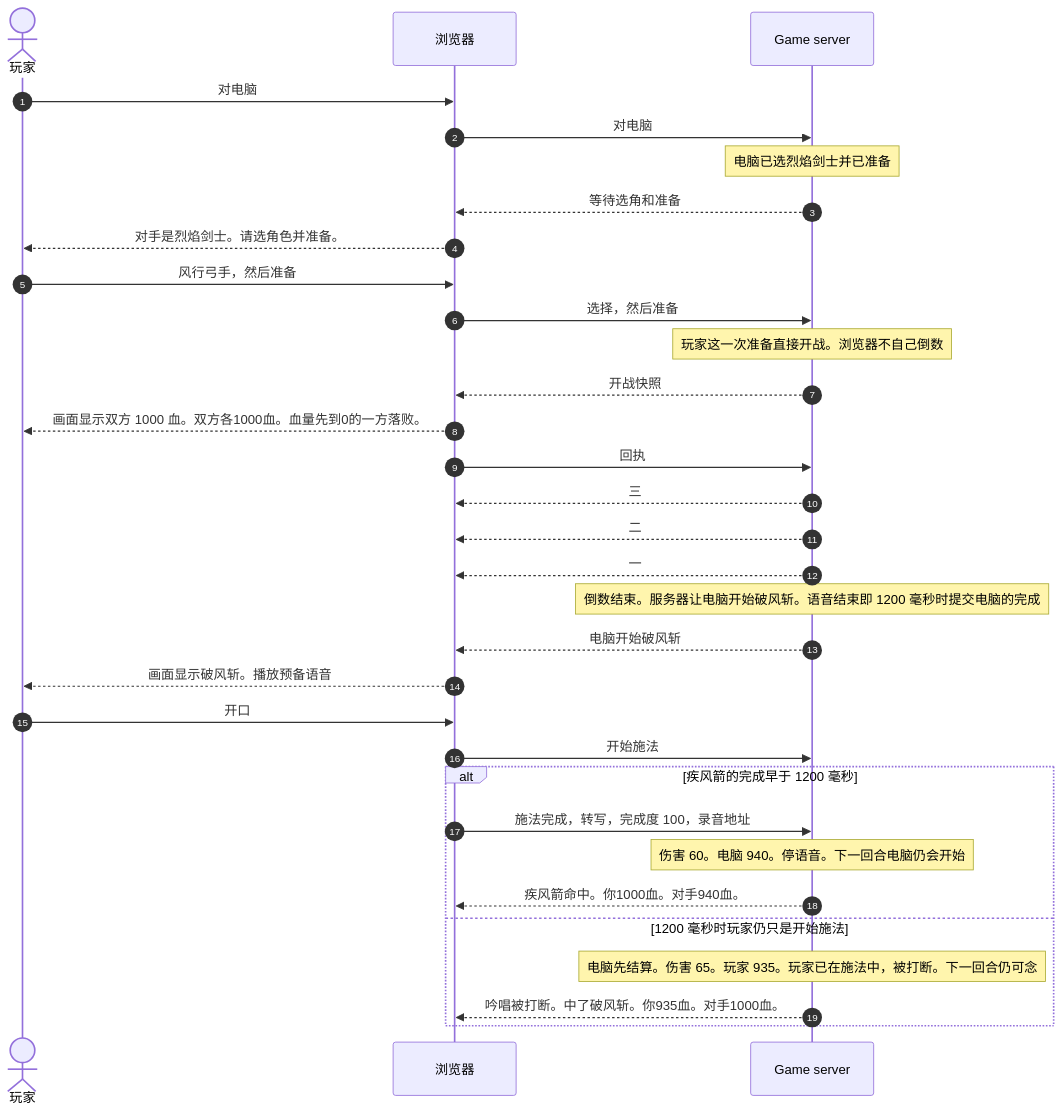
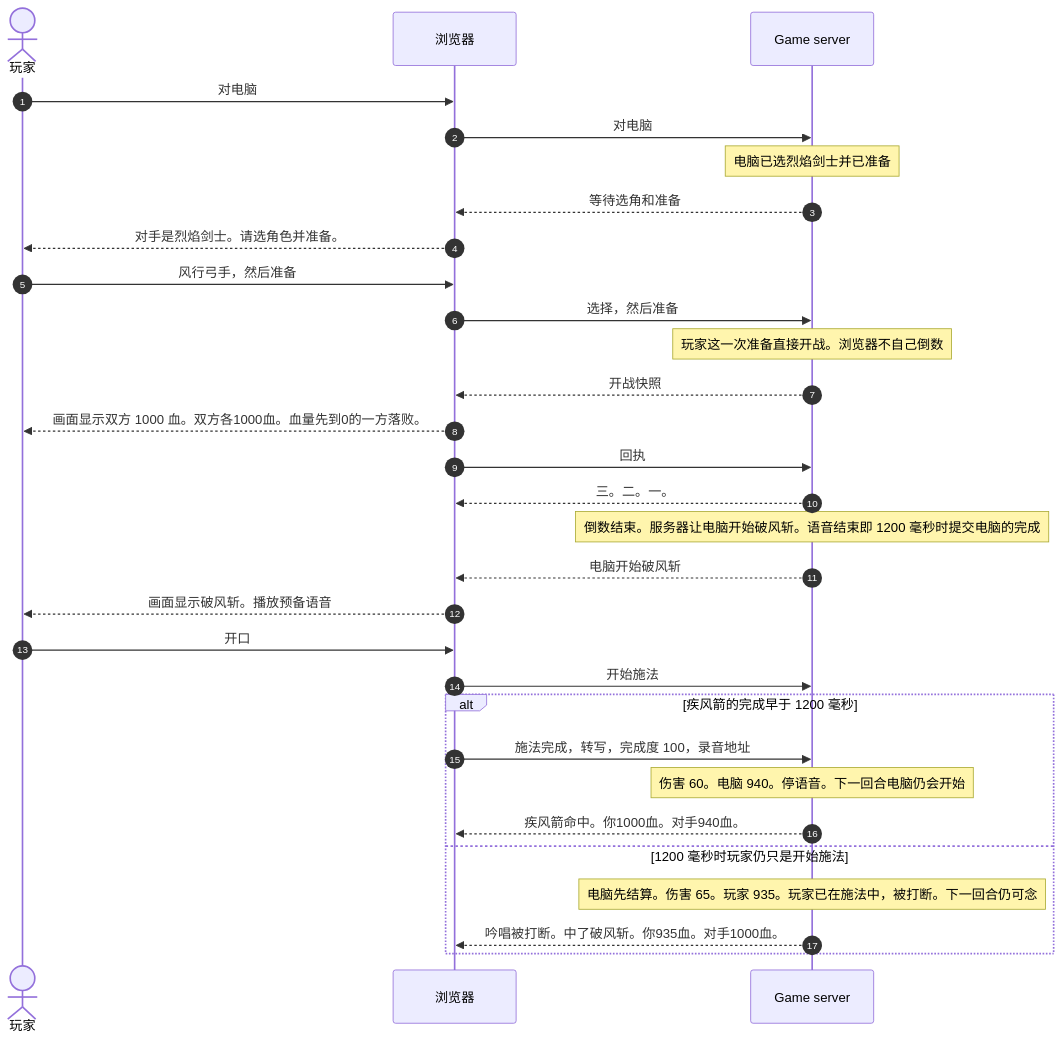
Before and after one commit to wilcosheh/lieyanliaoyuan: the fifth of 6 diagrams in docs/交互设计.md, drawn with Mermaid. The commit also changed other lines of this file and 6 other files, not shown here.

````diff
--- a/docs/交互设计.md
+++ b/docs/交互设计.md
@@ -511,35 +489,33 @@
 ```mermaid
 sequenceDiagram
     autonumber
     actor 玩家
     participant Web as 浏览器
     participant GS as Game server
 
     玩家->>Web: 对电脑
     Web->>GS: 对电脑
     Note over GS: 电脑已选烈焰剑士并已准备
     GS-->>Web: 等待选角和准备
     Web-->>玩家: 对手是烈焰剑士。请选角色并准备。
     玩家->>Web: 风行弓手，然后准备
     Web->>GS: 选择，然后准备
     Note over GS: 玩家这一次准备直接开战。浏览器不自己倒数
     GS-->>Web: 开战快照
     Web-->>玩家: 画面显示双方 1000 血。双方各1000血。血量先到0的一方落败。
     Web->>GS: 回执
-    GS-->>Web: 三
-    GS-->>Web: 二
-    GS-->>Web: 一
+    GS-->>Web: 三。二。一。
     Note over GS: 倒数结束。服务器让电脑开始破风斩。语音结束即 1200 毫秒时提交电脑的完成
     GS-->>Web: 电脑开始破风斩
     Web-->>玩家: 画面显示破风斩。播放预备语音
     玩家->>Web: 开口
     Web->>GS: 开始施法
     alt 疾风箭的完成早于 1200 毫秒
         Web->>GS: 施法完成，转写，完成度 100，录音地址
         Note over GS: 伤害 60。电脑 940。停语音。下一回合电脑仍会开始
         GS-->>Web: 疾风箭命中。你1000血。对手940血。
     else 1200 毫秒时玩家仍只是开始施法
         Note over GS: 电脑先结算。伤害 65。玩家 935。玩家已在施法中，被打断。下一回合仍可念
         GS-->>Web: 吟唱被打断。中了破风斩。你935血。对手1000血。
     end
 ```
````
